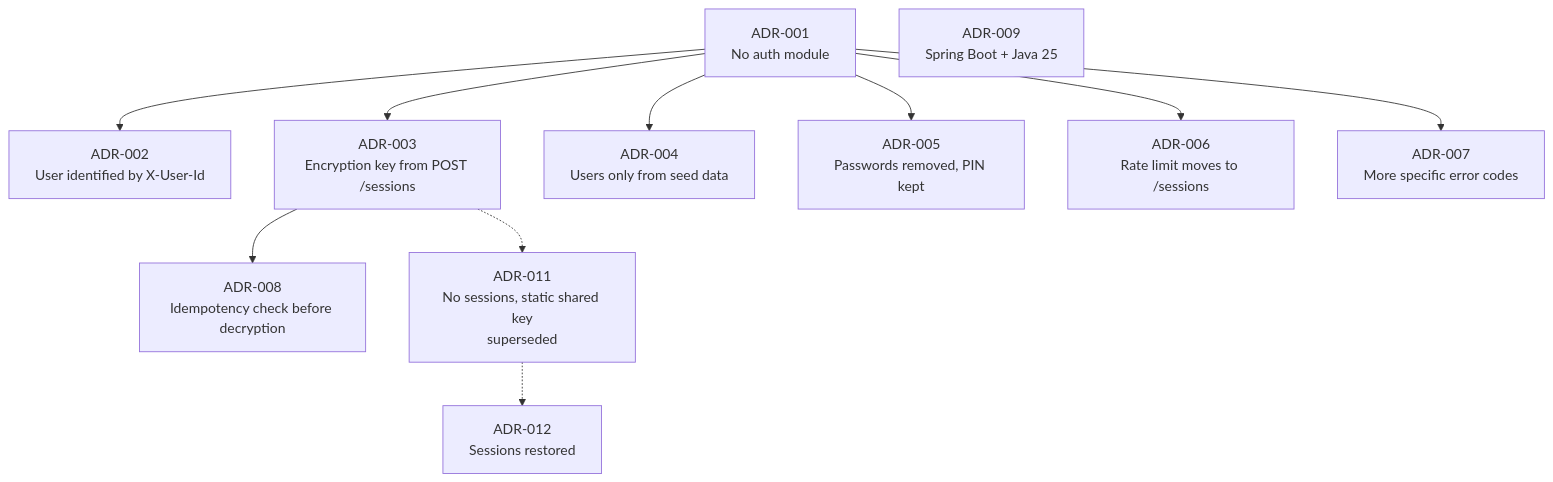
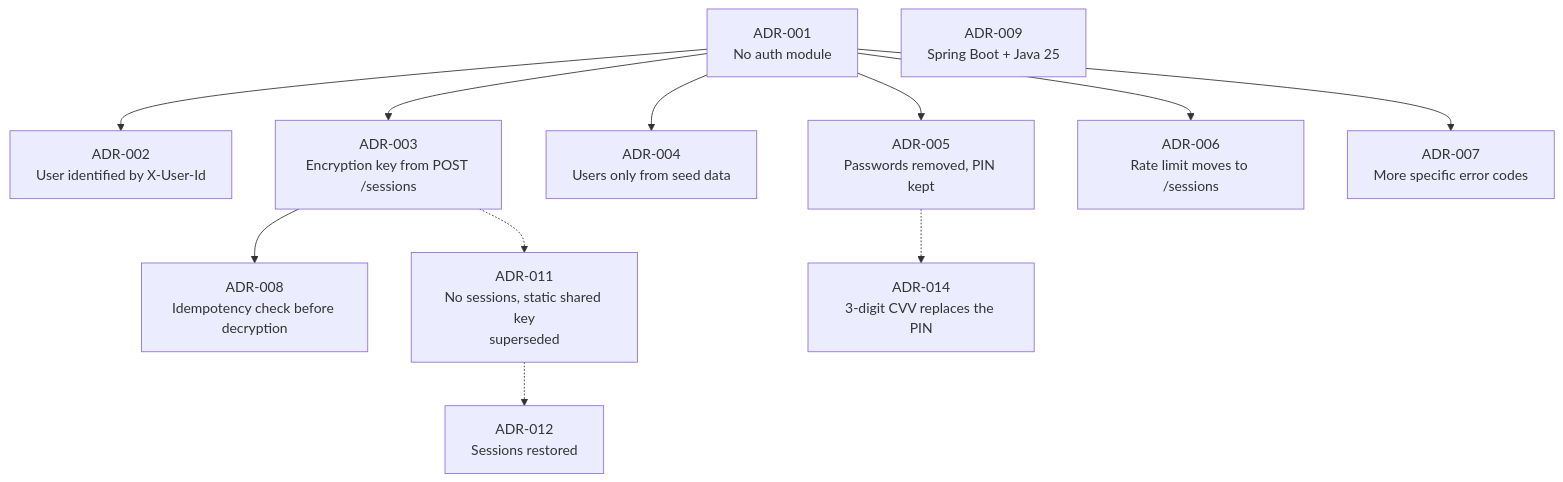
The diagram in docs/DECISIONS.md (M-o-m-e-n/Momkn-pay-backend), drawn with Mermaid before and after one commit. The commit also changed other lines of this file and 10 other files, not shown here.

Commit message:
docs: record the CVV in ADR-014, the design docs and the guides

````diff
--- a/docs/DECISIONS.md
+++ b/docs/DECISIONS.md
@@ -14,13 +14,14 @@
 ```mermaid
 flowchart TD
     A[ADR-001<br/>No auth module] --> B[ADR-002<br/>User identified by X-User-Id]
     A --> C[ADR-003<br/>Encryption key from POST /sessions]
     A --> D[ADR-004<br/>Users only from seed data]
     A --> E[ADR-005<br/>Passwords removed, PIN kept]
     A --> F[ADR-006<br/>Rate limit moves to /sessions]
     A --> G[ADR-007<br/>More specific error codes]
     C --> H[ADR-008<br/>Idempotency check before decryption]
     C -.-> K[ADR-011<br/>No sessions, static shared key<br/>superseded]
     K -.-> L[ADR-012<br/>Sessions restored]
+    E -.-> N[ADR-014<br/>3-digit CVV replaces the PIN]
     I[ADR-009<br/>Spring Boot + Java 25]
 ```
````
